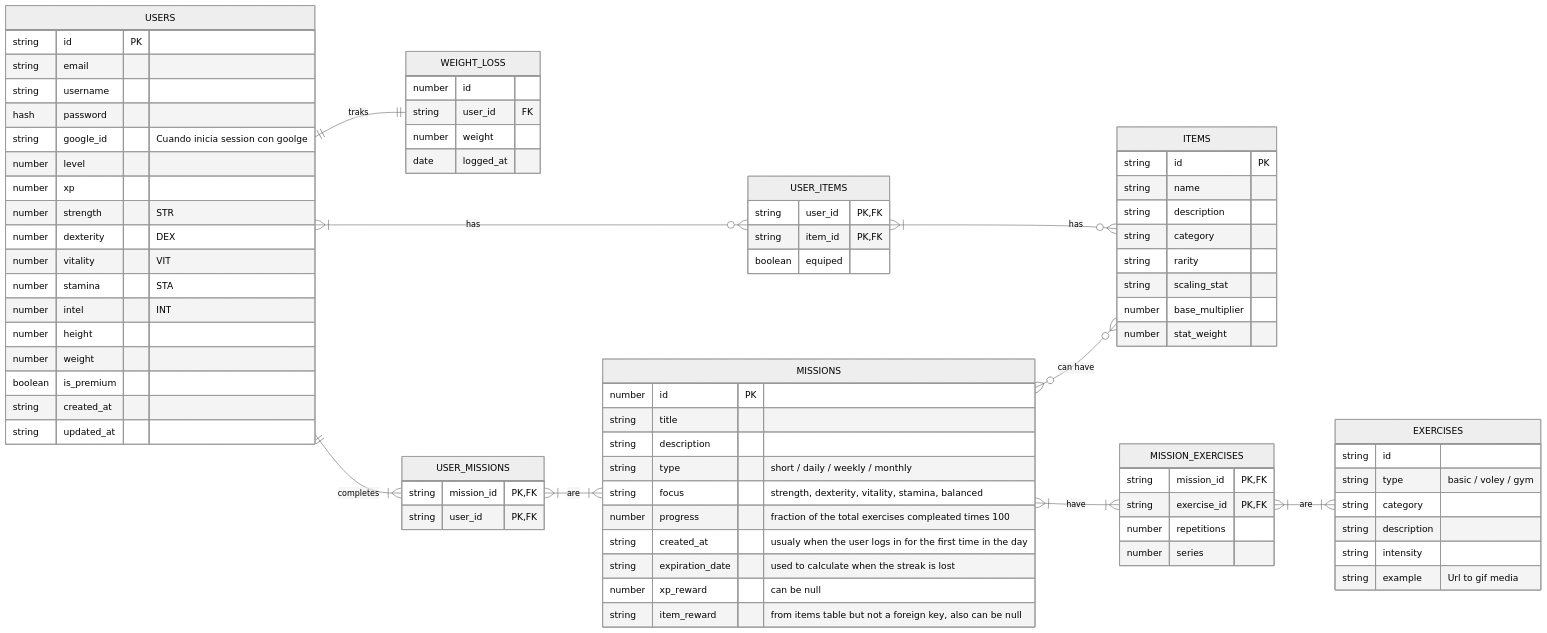
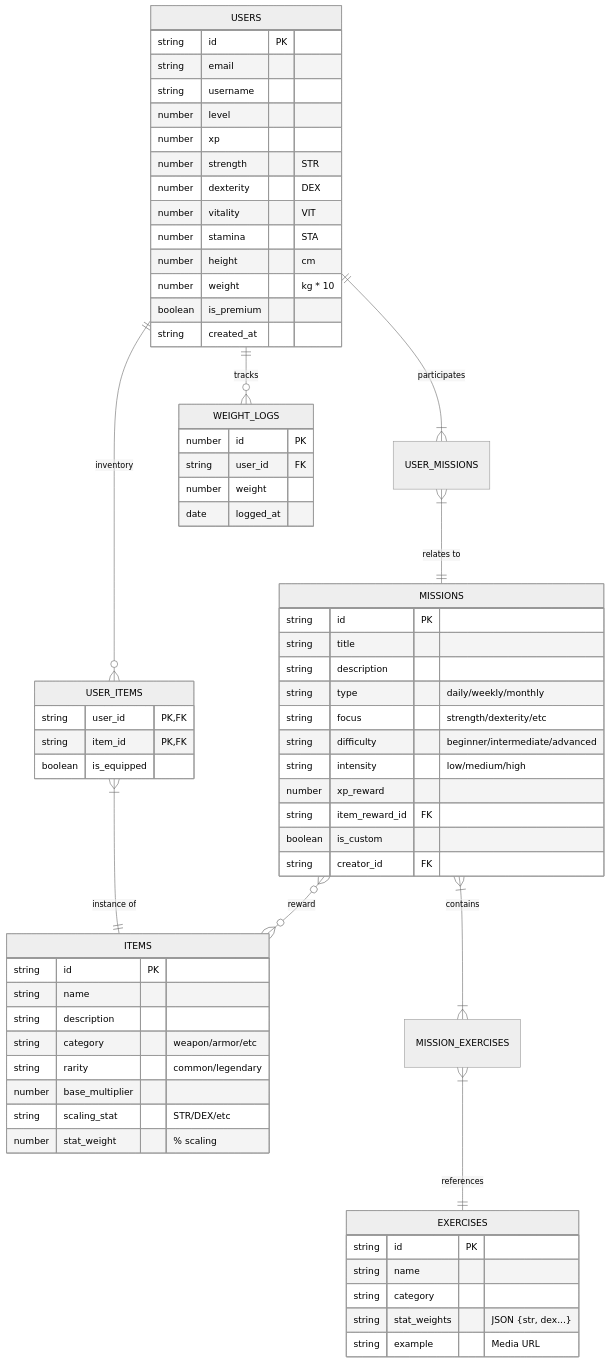
Before and after one commit to facuhacosta/gymrol-be: the diagram in README.md, drawn with Mermaid (neutral theme). The commit also changed other lines of this file and 5 other files, not shown here.

````diff
--- a/README.md
+++ b/README.md
@@ -54,82 +54,74 @@
     ```mermaid
     erDiagram
-    direction LR
-    USERS }|--o{ USER_ITEMS : has
-    USER_ITEMS }|--o{ ITEMS : has
-    USERS ||--|| WEIGHT_LOSS : traks
-    USERS ||--|{ USER_MISSIONS : completes
-    USER_MISSIONS }|--|{ MISSIONS : are
-    MISSIONS }|--|{ MISSION_EXERCISES : have
-    MISSION_EXERCISES }|--|{ EXERCISES : are
-    MISSIONS }o--o{ ITEMS : "can have"
+    direction TB
+    USERS ||--o{ USER_ITEMS : inventory
+    USERS ||--|{ USER_MISSIONS : participates
+    USERS ||--o{ WEIGHT_LOGS : tracks
+    USER_ITEMS }|--|| ITEMS : "instance of"
+    USER_MISSIONS }|--|| MISSIONS : "relates to"
+    MISSIONS }|--|{ MISSION_EXERCISES : contains
+    MISSION_EXERCISES }|--|| EXERCISES : "references"
+    MISSIONS }o--o{ ITEMS : "reward"
+
     USERS {
         string id PK
         string email
         string username
-        hash password
-        string google_id "Cuando inicia session con goolge"
         number level
         number xp
         number strength "STR"
         number dexterity "DEX"
         number vitality "VIT"
         number stamina "STA"
-        number intel "INT"
-        number height
-        number weight
+        number height "cm"
+        number weight "kg * 10"
         boolean is_premium
         string created_at
-        string updated_at
     }
-    WEIGHT_LOSS {
-        number id
+
+    WEIGHT_LOGS {
+        number id PK
         string user_id FK
         number weight
         date logged_at
     }
+
     ITEMS {
         string id PK
         string name
         string description
-        string category
-        string rarity
-        string scaling_stat
+        string category "weapon/armor/etc"
+        string rarity "common/legendary"
         number base_multiplier
-        number stat_weight
+        string scaling_stat "STR/DEX/etc"
+        number stat_weight "% scaling"
     }
+
     USER_ITEMS {
         string user_id PK, FK
         string item_id PK, FK
-        boolean equiped
+        boolean is_equipped
     }
-    USER_MISSIONS {
-        string mission_id PK, FK
-        string user_id PK, FK
-    }
+
     MISSIONS {
-        number id PK
+        string id PK
         string title
         string description
-        string type "short / daily / weekly / monthly"
-        string focus "strength, dexterity, vitality, stamina, balanced"
-        number progress "fraction of the total exercises compleated times 100"
-        string created_at "usualy when the user logs in for the first time in the day"
-        string expiration_date "used to calculate when the streak is lost"
-        number xp_reward "can be null"
-        string item_reward "from items table but not a foreign key, also can be null"
+        string type "daily/weekly/monthly"
+        string focus "strength/dexterity/etc"
+        string difficulty "beginner/intermediate/advanced"
+        string intensity "low/medium/high"
+        number xp_reward
+        string item_reward_id FK
+        boolean is_custom
+        string creator_id FK
     }
-    MISSION_EXERCISES {
-        string mission_id PK, FK
-        string exercise_id PK, FK
-        number repetitions
-        number series
-    }
+
     EXERCISES {
-        string id
-        string type "basic / voley / gym"
+        string id PK
+        string name
         string category
-        string description
-        string intensity
-        string example "Url to gif media"
+        string stat_weights "JSON {str, dex...}"
+        string example "Media URL"
     }
     ```
````
